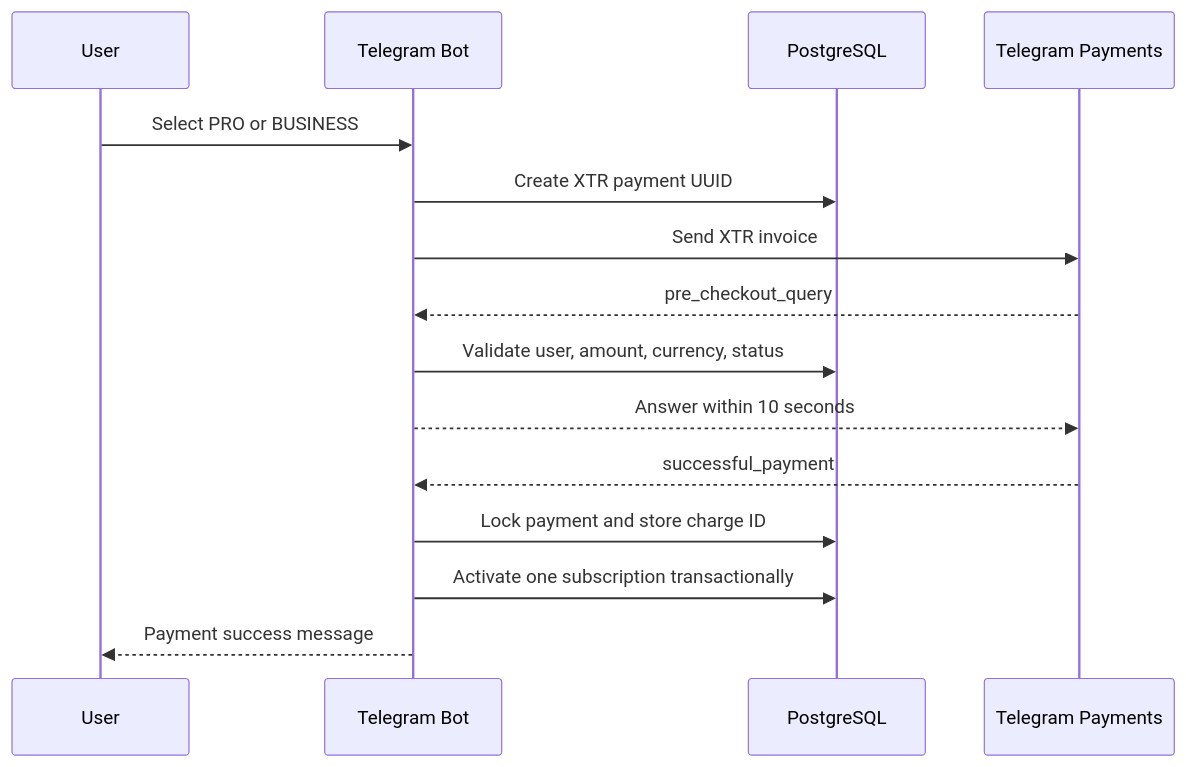
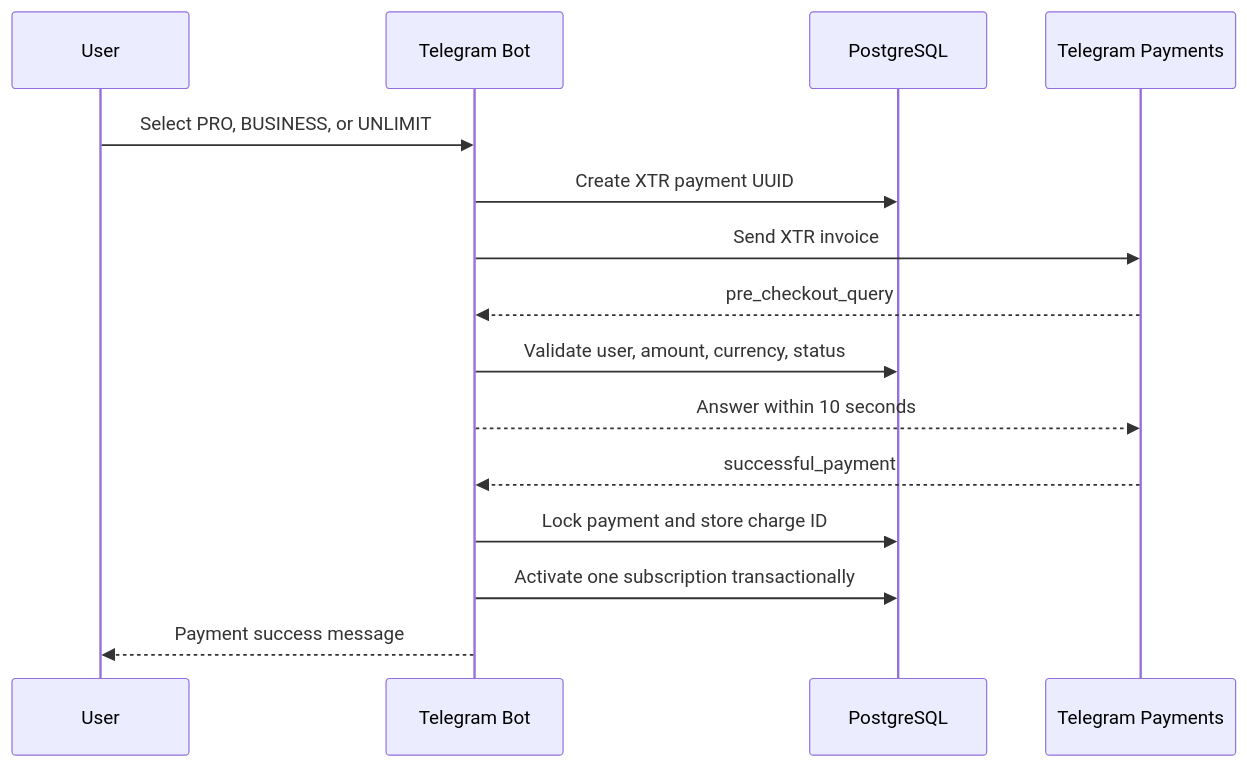
One commit to kredavto/Tik-Tok-bot-Rus-2 changed the third of 3 diagrams in docs/final/Tik_Tok_Loader_Unified_Specification.md. Above: the diagram before and after it, drawn with Mermaid. The commit also changed other lines of this file and 41 other files, not shown here.

````diff
--- a/docs/final/Tik_Tok_Loader_Unified_Specification.md
+++ b/docs/final/Tik_Tok_Loader_Unified_Specification.md
@@ -344,18 +344,18 @@
 ```mermaid
 sequenceDiagram
     participant User
     participant Bot as Telegram Bot
     participant DB as PostgreSQL
     participant TG as Telegram Payments
 
-    User->>Bot: Select PRO or BUSINESS
+    User->>Bot: Select PRO, BUSINESS, or UNLIMIT
     Bot->>DB: Create XTR payment UUID
     Bot->>TG: Send XTR invoice
     TG-->>Bot: pre_checkout_query
     Bot->>DB: Validate user, amount, currency, status
     Bot-->>TG: Answer within 10 seconds
     TG-->>Bot: successful_payment
     Bot->>DB: Lock payment and store charge ID
     Bot->>DB: Activate one subscription transactionally
     Bot-->>User: Payment success message
 ```
````
